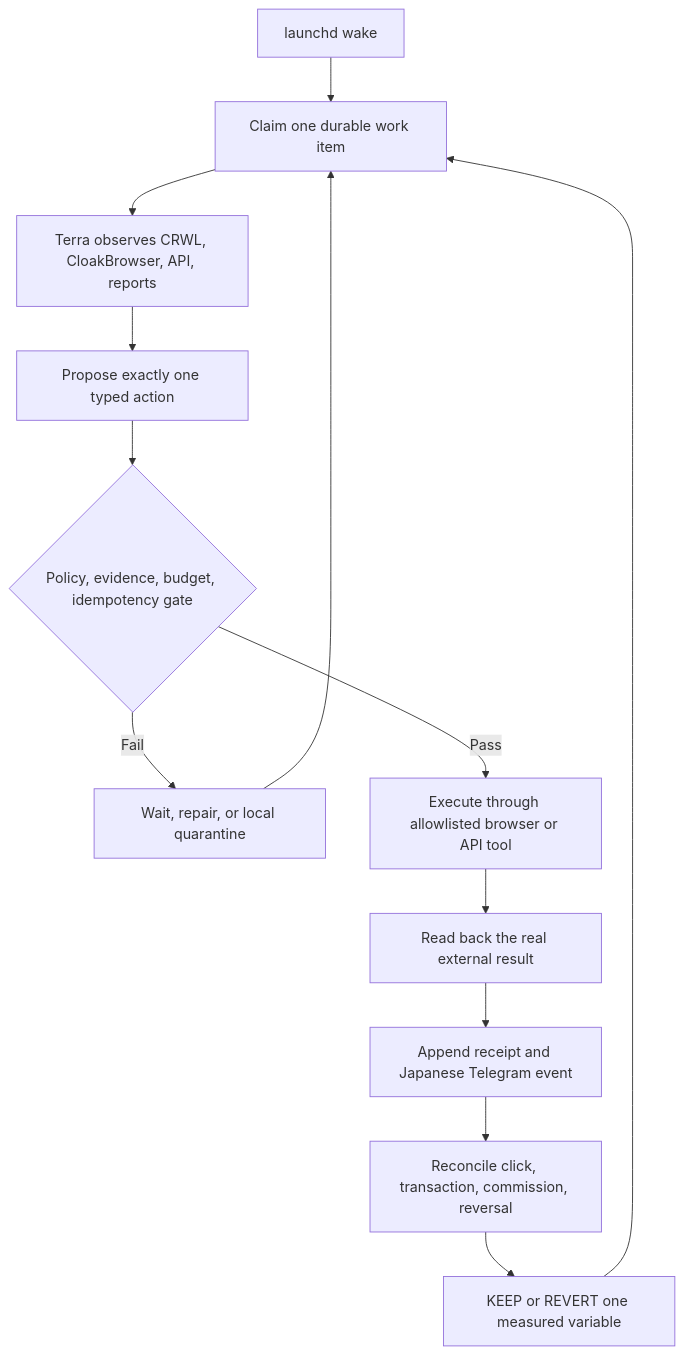
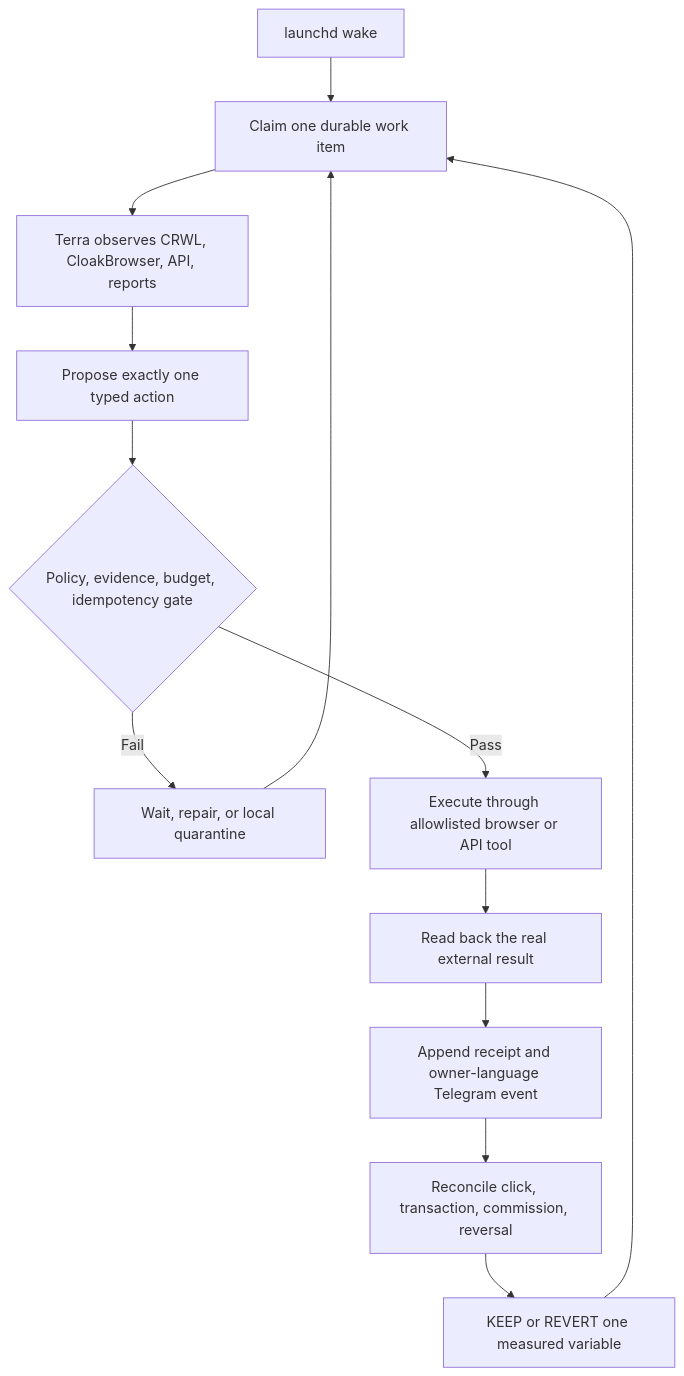
One commit to Daisuke134/anicca changed the first of 3 diagrams in docs/affiliate-agent/AFFILIATE-AGENT-SSOT.md. Above: the diagram before and after it, drawn with Mermaid. The commit also changed other lines of this file and 2 other files, not shown here.

````diff
--- a/docs/affiliate-agent/AFFILIATE-AGENT-SSOT.md
+++ b/docs/affiliate-agent/AFFILIATE-AGENT-SSOT.md
@@ -85,15 +90,15 @@
 ```mermaid
 flowchart TD
   W[launchd wake] --> Q[Claim one durable work item]
   Q --> O[Terra observes CRWL, CloakBrowser, API, reports]
   O --> A[Propose exactly one typed action]
   A --> G{Policy, evidence, budget, idempotency gate}
   G -->|Fail| R[Wait, repair, or local quarantine]
   G -->|Pass| E[Execute through allowlisted browser or API tool]
   E --> V[Read back the real external result]
-  V --> T[Append receipt and Japanese Telegram event]
+  V --> T[Append receipt and owner-language Telegram event]
   T --> M[Reconcile click, transaction, commission, reversal]
   M --> L[KEEP or REVERT one measured variable]
   L --> Q
   R --> Q
 ```
````
